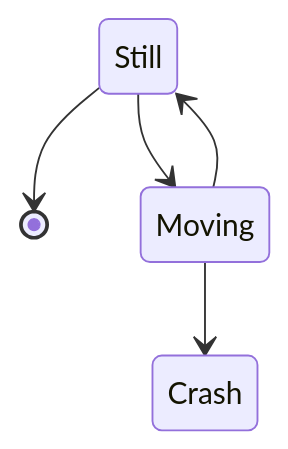
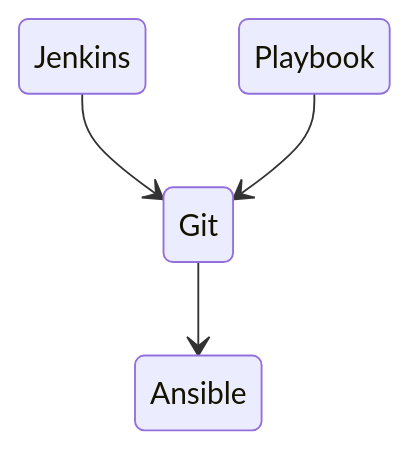
Before and after one commit to Lifailon/Deploy-PS-Module: the diagram in README.md, drawn with Mermaid.

Commit message:
test state

````diff
--- a/README.md
+++ b/README.md
@@ -7,7 +7,6 @@
 ```mermaid
 stateDiagram-v2
-    Still --> [*]
-    Still --> Moving
-    Moving --> Still
-    Moving --> Crash
+    Jenkins --> Git
+    Git --> Ansible Playbook
+    Ansible Playbook --> Git
 ```
````
